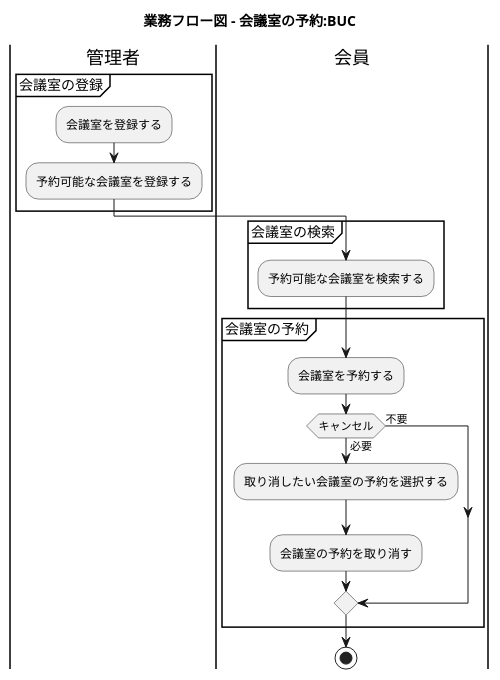
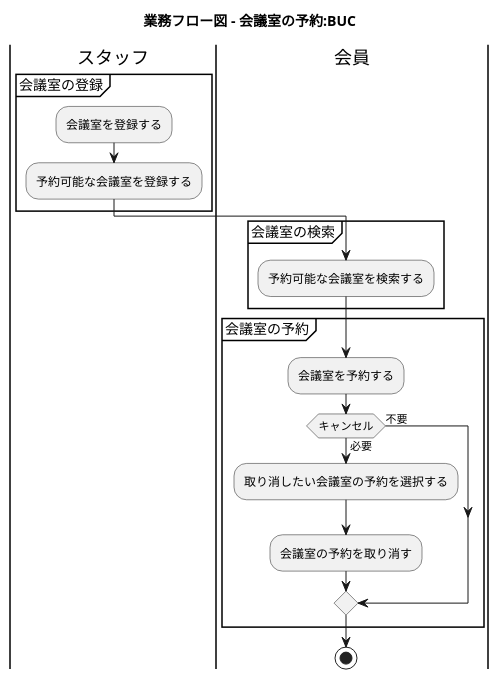
Before and after one commit to k2works/case-study-mrs: the sixth of 24 diagrams in docs/index.adoc, drawn with PlantUML. The commit also changed other lines of this file, not shown here.

```diff
--- a/docs/index.adoc
+++ b/docs/index.adoc
@@ -197,30 +197,30 @@
 [plantuml]
 ----
 @startuml
 
 title 業務フロー図 - 会議室の予約:BUC
 
-|管理者|
+|スタッフ|
 partition 会議室の登録 {
   :会議室を登録する;
   :予約可能な会議室を登録する;
 }
 
 |会員|
 partition 会議室の検索 {
   :予約可能な会議室を検索する;
 }
 
 partition 会議室の予約 {
   :会議室を予約する;
    if (キャンセル) then (必要)
     :取り消したい会議室の予約を選択する;
     :会議室の予約を取り消す;
    else (不要)
    endif
 }
 
 stop
 
 @enduml
 ----
```
